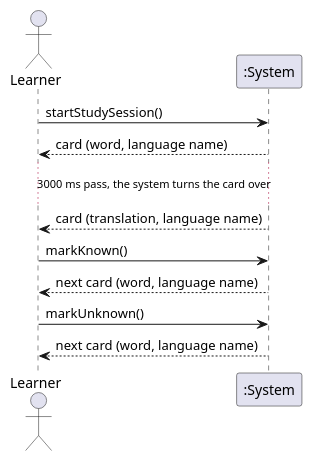
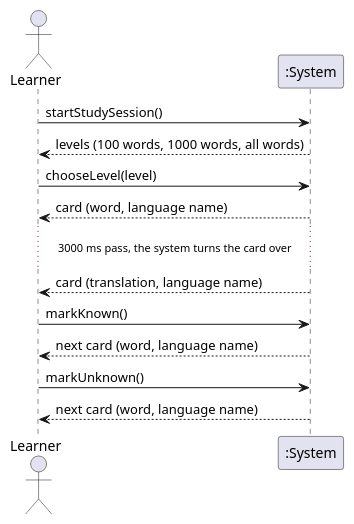
Before and after one commit to Tirsvad-Udemy-100-days-of-code/031-flash-card: the diagram in docs/uc-001/ssd.md, drawn with PlantUML. The commit also changed other lines of this file and 24 other files, not shown here.

First line of the commit message:
MIL-008 plan and design: choose level (100, 1000 or all words)

````diff
--- a/docs/uc-001/ssd.md
+++ b/docs/uc-001/ssd.md
@@ -24,14 +25,16 @@
 ```plantuml
 @startuml
 actor Learner as L
 participant ":System" as S
 L -> S : startStudySession()
+S --> L : levels (100 words, 1000 words, all words)
+L -> S : chooseLevel(level)
 S --> L : card (word, language name)
 ... 3000 ms pass, the system turns the card over ...
 S --> L : card (translation, language name)
 L -> S : markKnown()
 S --> L : next card (word, language name)
 L -> S : markUnknown()
 S --> L : next card (word, language name)
 @enduml
 ```
````
